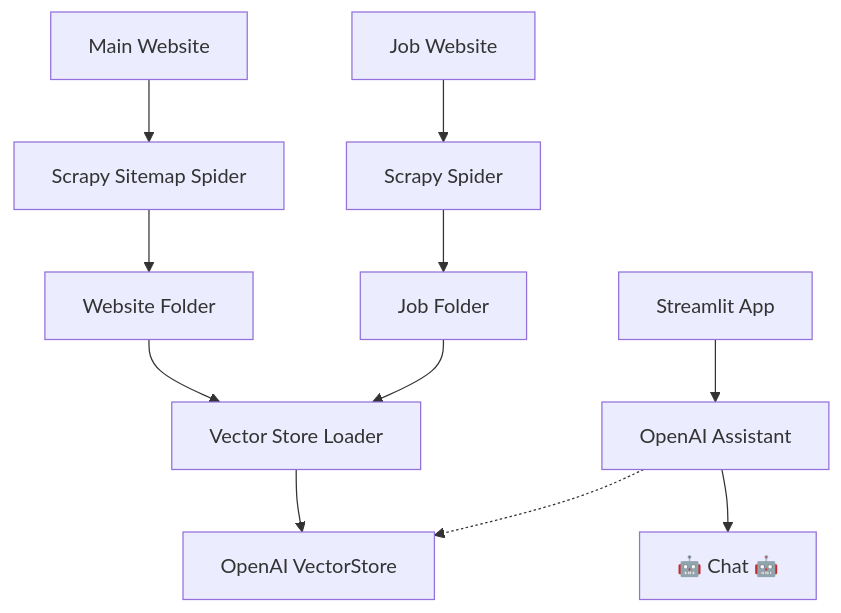
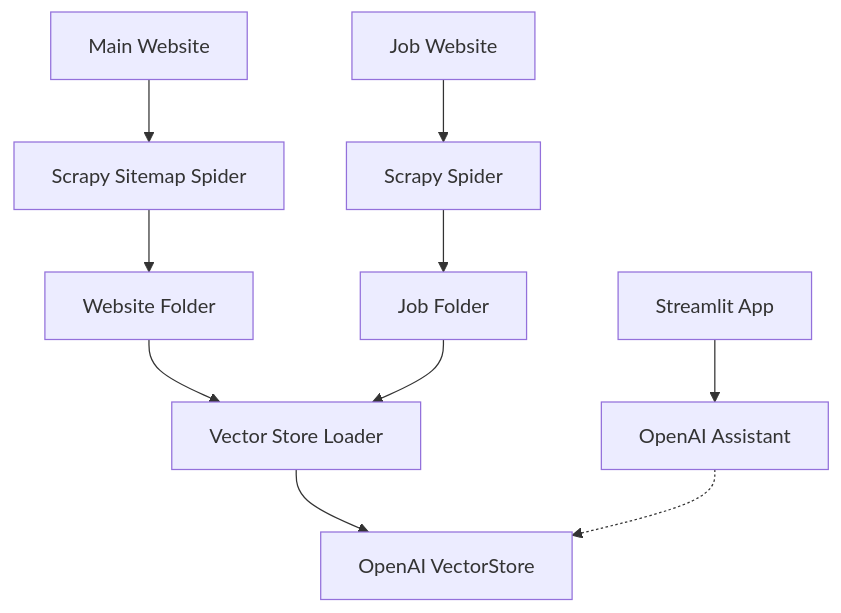
One commit to NathNacht/regelgeving-bot changed the diagram in README.md. Above: the diagram before and after it, drawn with Mermaid.

````diff
--- a/README.md
+++ b/README.md
@@ -2,14 +2,13 @@
 ```mermaid
 graph TD;
     A[Main Website] --> B[Scrapy Sitemap Spider];
     A2[Job Website] --> B2[Scrapy Spider];
     B --> C[Website Folder];
     B2 --> C2[Job Folder];
     C --> D[Vector Store Loader];
     C2 --> D;
     D --> E[OpenAI VectorStore];
     F[Streamlit App];
     F --> G[OpenAI Assistant];
     G -.-> E;
-    G --> H[🤖 Chat 🤖];
 ```
````
